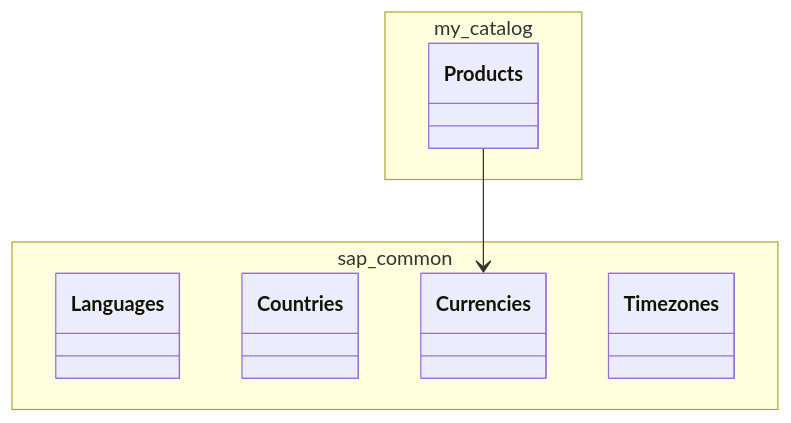
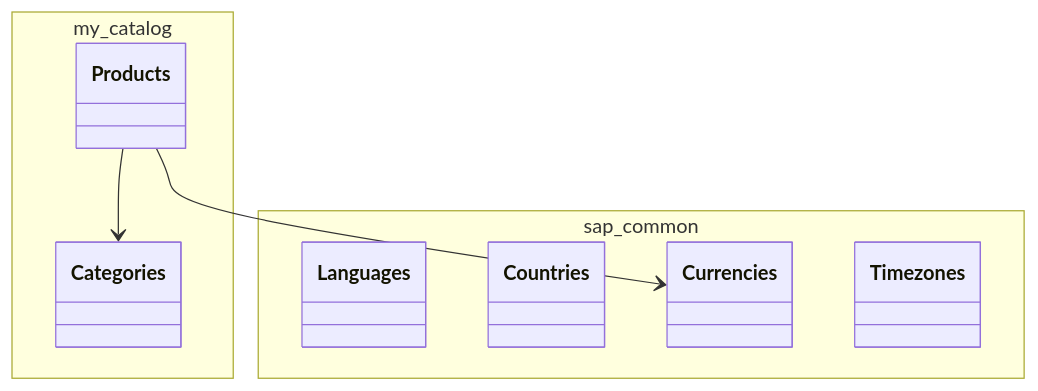
Before and after one commit to daiedy/Test_CAP: the diagram in docs/registry/DOMAIN-MODEL.md, drawn with Mermaid. The commit also changed other lines of this file and 18 other files, not shown here.

````diff
--- a/docs/registry/DOMAIN-MODEL.md
+++ b/docs/registry/DOMAIN-MODEL.md
@@ -8,14 +8,16 @@
 ```mermaid
 classDiagram
   namespace my_catalog {
     class `my.catalog.Products`["Products"]
+    class `my.catalog.Categories`["Categories"]
   }
   namespace sap_common {
     class `sap.common.Languages`["Languages"]
     class `sap.common.Countries`["Countries"]
     class `sap.common.Currencies`["Currencies"]
     class `sap.common.Timezones`["Timezones"]
   }
 
   `my.catalog.Products` -->  `sap.common.Currencies`
+  `my.catalog.Products` -->  `my.catalog.Categories`
 ```
````
